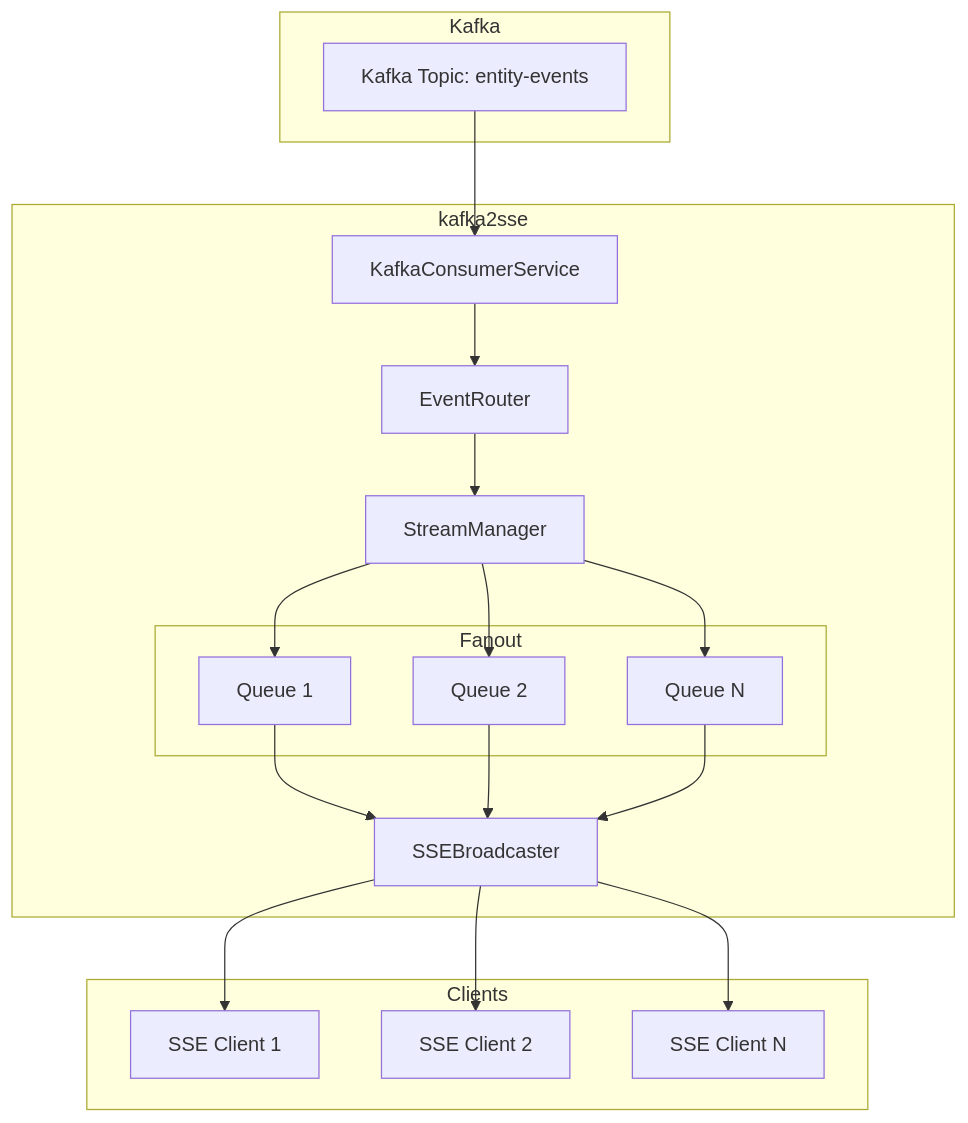
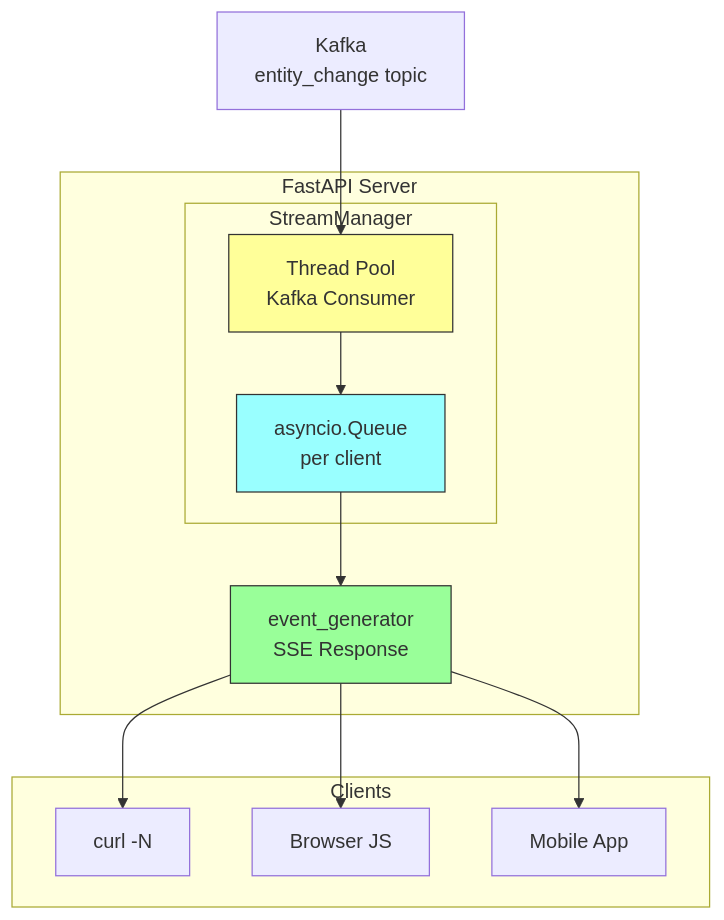
The second of 3 diagrams in README.md (Entitybasedev/kafka2sse-backend), drawn with Mermaid before and after one commit. The commit also changed other lines of this file and 1 other file, not shown here.

Commit message:
Update README with mermaid diagrams and detailed docs

````diff
--- a/README.md
+++ b/README.md
@@ -11,39 +79,27 @@
 ```mermaid
 flowchart TB
-    subgraph Kafka
-        K1[Kafka Topic: entity-events]
+    subgraph Clients
+        C1[curl -N]
+        C2[Browser JS]
+        C3[Mobile App]
     end
-
-    subgraph kafka2sse
-        KS[KafkaConsumerService]
-        ER[EventRouter]
-        SM[StreamManager]
-        
-        subgraph Fanout
-            Q1[Queue 1]
-            Q2[Queue 2]
-            Q3[Queue N]
+    
+    subgraph "FastAPI Server"
+        subgraph StreamManager
+            TP[Thread Pool<br/>Kafka Consumer]
+            Q[asyncio.Queue<br/>per client]
         end
-        
-        SB[SSEBroadcaster]
+        SG[event_generator<br/>SSE Response]
     end
-
-    subgraph Clients
-        C1[SSE Client 1]
-        C2[SSE Client 2]
-        C3[SSE Client N]
-    end
-
-    K1 --> KS
-    KS --> ER
-    ER --> SM
-    SM --> Q1
-    SM --> Q2
-    SM --> Q3
-    Q1 --> SB
-    Q2 --> SB
-    Q3 --> SB
-    SB --> C1
-    SB --> C2
-    SB --> C3
+    
+    K[Kafka<br/>entity_change topic] --> TP
+    TP --> Q
+    Q --> SG
+    SG --> C1
+    SG --> C2
+    SG --> C3
+    
+    style TP fill:#ff9,stroke:#333
+    style Q fill:#9ff,stroke:#333
+    style SG fill:#9f9,stroke:#333
 ```
````
